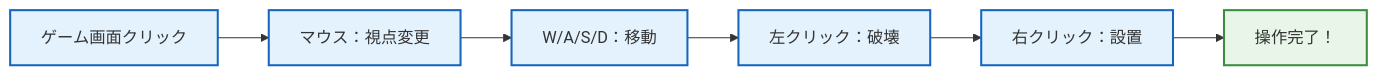
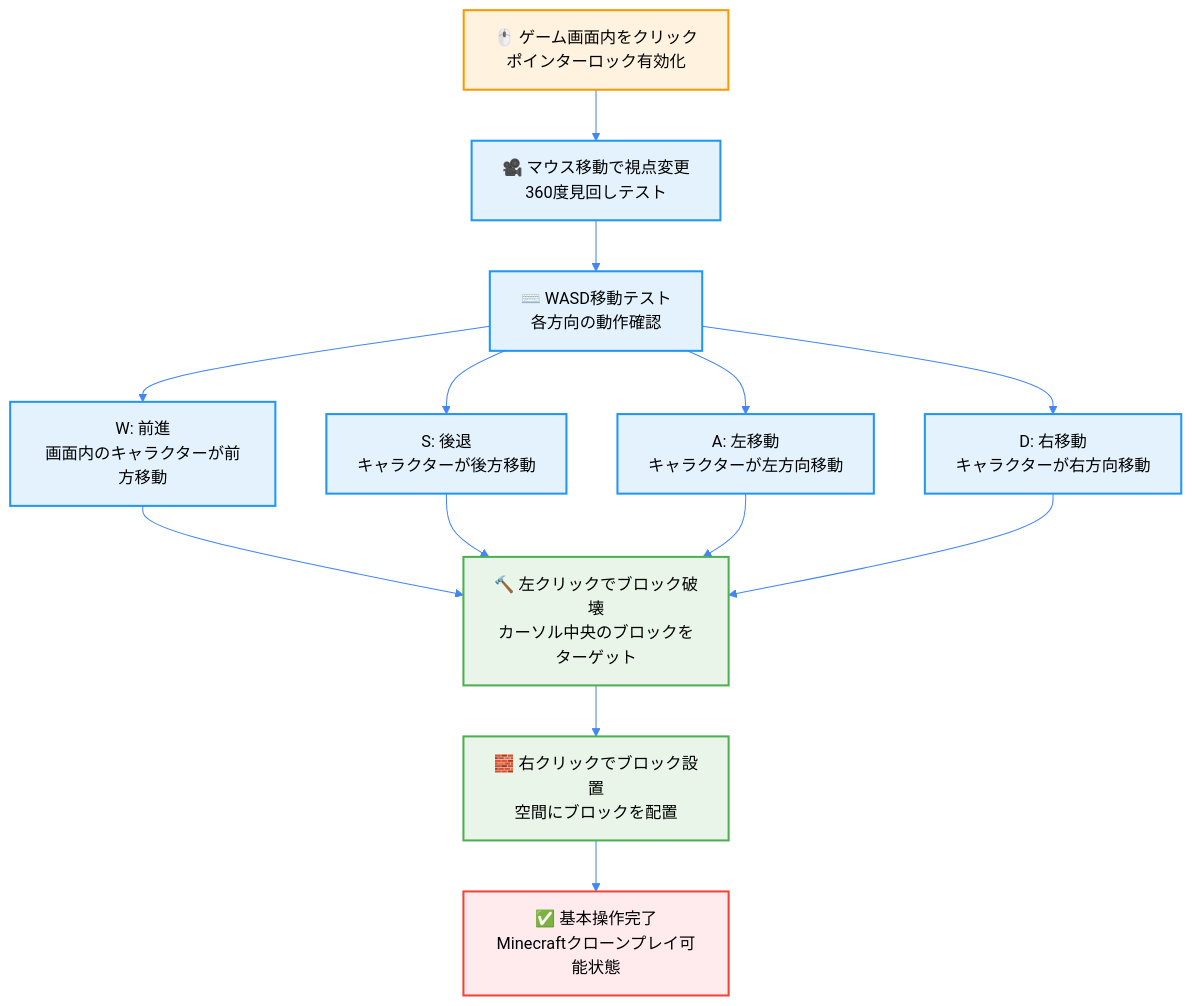
The first of 2 diagrams in docs/00-quickstart/01-5min-demo.md (takeokunn/ts-minecraft), drawn with Mermaid before and after one commit. The commit also changed other lines of this file and 106 other files, not shown here.

````diff
--- a/docs/00-quickstart/01-5min-demo.md
+++ b/docs/00-quickstart/01-5min-demo.md
@@ -91,14 +245,30 @@
 ```mermaid
-flowchart LR
-    A[ゲーム画面クリック] --> B[マウス：視点変更]
-    B --> C[W/A/S/D：移動]
-    C --> D[左クリック：破壊]
-    D --> E[右クリック：設置]
-    E --> F[操作完了！]
+%%{init: {"theme": "neutral", "themeVariables": {"primaryColor": "#4285f4", "primaryTextColor": "#ffffff", "primaryBorderColor": "#ffffff", "lineColor": "#4285f4", "sectionBkgColor": "#f5f7fa", "tertiaryColor": "#f5f7fa"}}}%%
+flowchart TD
+    A[🖱️ ゲーム画面内をクリック<br/>ポインターロック有効化] --> B[🎥 マウス移動で視点変更<br/>360度見回しテスト]
 
-    classDef control fill:#e3f2fd,stroke:#1565c0,stroke-width:2px
-    classDef success fill:#e8f5e8,stroke:#388e3c,stroke-width:2px
+    B --> C[⌨️ WASD移動テスト<br/>各方向の動作確認]
+    C --> C1[W: 前進<br/>画面内のキャラクターが前方移動]
+    C --> C2[S: 後退<br/>キャラクターが後方移動]
+    C --> C3[A: 左移動<br/>キャラクターが左方向移動]
+    C --> C4[D: 右移動<br/>キャラクターが右方向移動]
 
-    class A,B,C,D,E control
-    class F success
+    C1 --> D[🔨 左クリックでブロック破壊<br/>カーソル中央のブロックをターゲット]
+    C2 --> D
+    C3 --> D
+    C4 --> D
+
+    D --> E[🧱 右クリックでブロック設置<br/>空間にブロックを配置]
+
+    E --> F[✅ 基本操作完了<br/>Minecraftクローンプレイ可能状態]
+
+    classDef start fill:#fff3e0,stroke:#ff9800,stroke-width:2px
+    classDef movement fill:#e3f2fd,stroke:#2196f3,stroke-width:2px
+    classDef action fill:#e8f5e8,stroke:#4caf50,stroke-width:2px
+    classDef complete fill:#ffebee,stroke:#f44336,stroke-width:2px
+
+    class A start
+    class B,C,C1,C2,C3,C4 movement
+    class D,E action
+    class F complete
 ```
````
